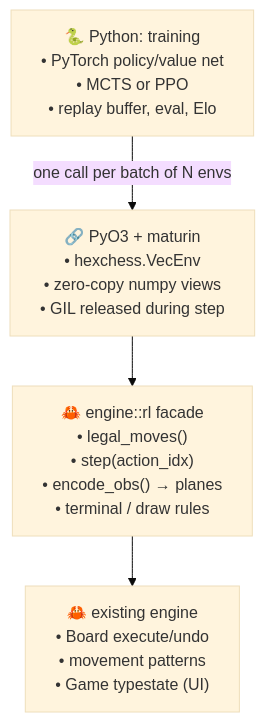
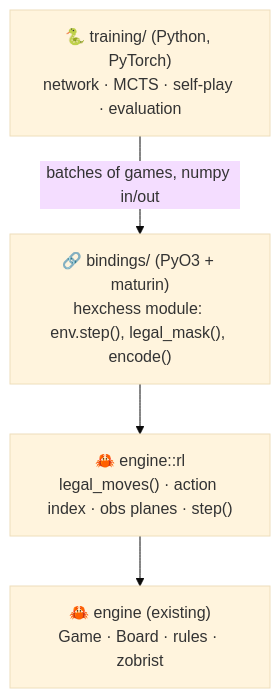
Before and after one commit to LosCommodore/RustyHexChess: the diagram in doc/plans/reinforcement-learning-player.md, drawn with Mermaid (base theme). The commit also changed other lines of this file and 1 other file, not shown here.

````diff
--- a/doc/plans/reinforcement-learning-player.md
+++ b/doc/plans/reinforcement-learning-player.md
@@ -73,24 +35,8 @@
 ```mermaid
 graph TD
-    A["🐍 Python: training
-    • PyTorch policy/value net
-    • MCTS or PPO
-    • replay buffer, eval, Elo"]
-    B["🔗 PyO3 + maturin
-    • hexchess.VecEnv
-    • zero-copy numpy views
-    • GIL released during step"]
-    C["🦀 engine::rl facade
-    • legal_moves()
-    • step(action_idx)
-    • encode_obs() → planes
-    • terminal / draw rules"]
-    D["🦀 existing engine
-    • Board execute/undo
-    • movement patterns
-    • Game<T> typestate (UI)"]
-
-    A -->|"one call per batch of N envs"| B
-    B --> C
-    C --> D
+    PY["🐍 training/ (Python, PyTorch)<br/>network · MCTS · self-play · evaluation"]
+    BI["🔗 bindings/ (PyO3 + maturin)<br/>hexchess module: env.step(), legal_mask(), encode()"]
+    RL["🦀 engine::rl<br/>legal_moves() · action index · obs planes · step()"]
+    EN["🦀 engine (existing)<br/>Game · Board · rules · zobrist"]
+    PY -->|batches of games, numpy in/out| BI --> RL --> EN
 ```
````
